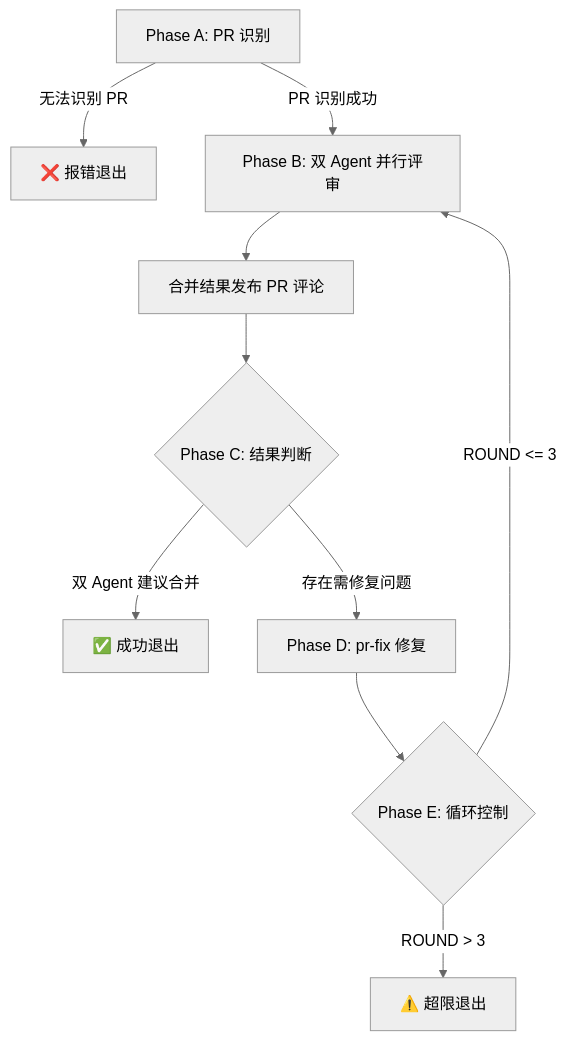
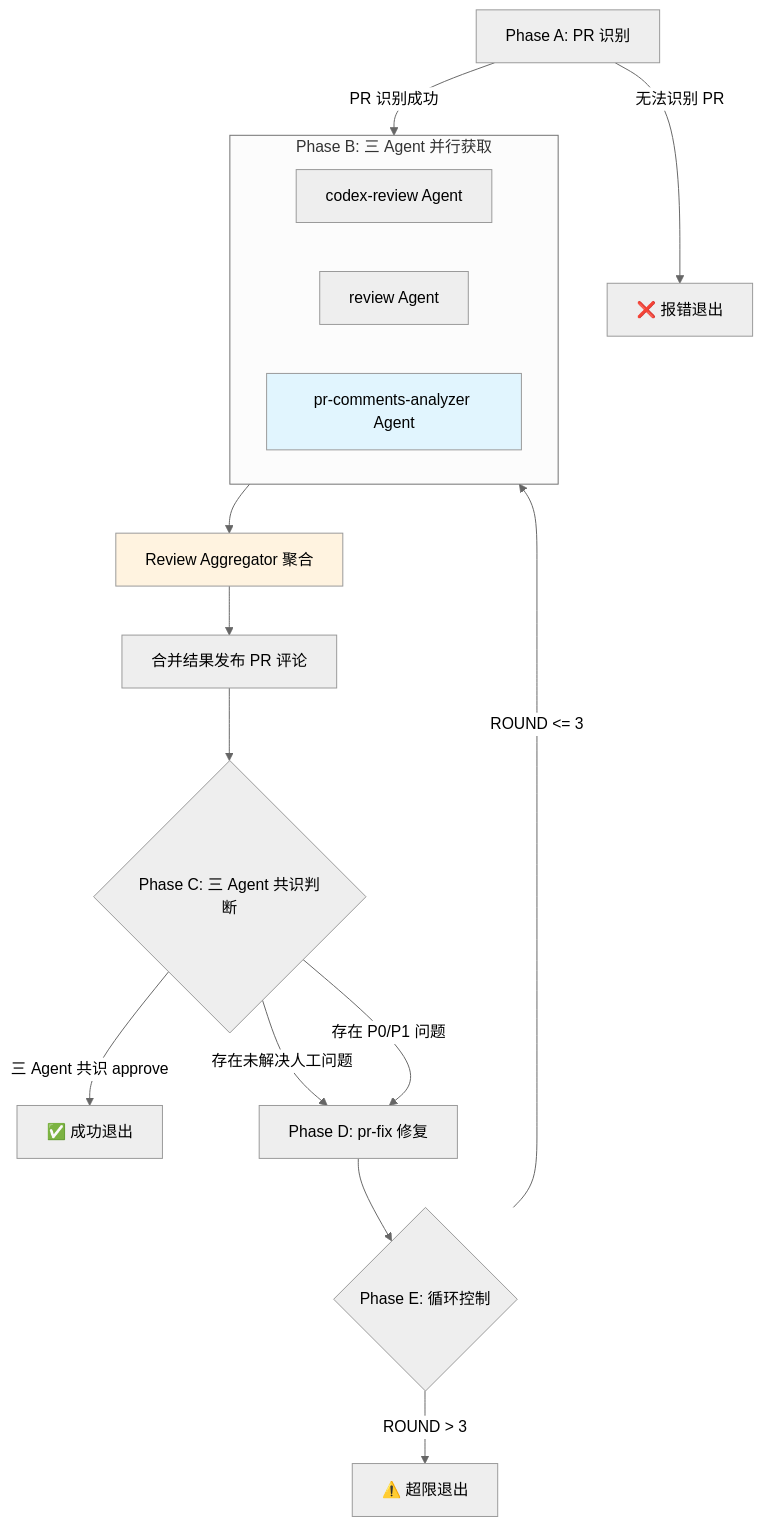
The diagram in .claude/commands/pr-review-loop.md (prod-cfx/stats), drawn with Mermaid (neutral theme) before and after one commit. The commit also changed other lines of this file and 40 other files, not shown here.

````diff
--- a/.claude/commands/pr-review-loop.md
+++ b/.claude/commands/pr-review-loop.md
@@ -272,14 +991,26 @@
 ```mermaid
 flowchart TD
     A[Phase A: PR 识别] --> |无法识别 PR| A_ERR[❌ 报错退出]
-    A --> |PR 识别成功| B[Phase B: 双 Agent 并行评审]
+    A --> |PR 识别成功| B[Phase B: 三 Agent 并行评审]
 
-    B --> B_CMT[合并结果发布 PR 评论]
-    B_CMT --> C{Phase C: 结果判断}
-    C --> |双 Agent 建议合并| E_OK[✅ 成功退出]
-    C --> |存在需修复问题| D[Phase D: pr-fix 修复]
+    subgraph B[Phase B: 三 Agent 并行获取]
+        B1[codex-review Agent]
+        B2[review Agent]
+        B3[pr-comments-analyzer Agent]
+    end
+
+    B --> B_AGG[Review Aggregator 聚合]
+    B_AGG --> B_CMT[合并结果发布 PR 评论]
+    B_CMT --> C{Phase C: 三 Agent 共识判断}
+
+    C --> |三 Agent 共识 approve| E_OK[✅ 成功退出]
+    C --> |存在未解决人工问题| D[Phase D: pr-fix 修复]
+    C --> |存在 P0/P1 问题| D
 
     D --> E{Phase E: 循环控制}
     E --> |ROUND <= 3| B
     E --> |ROUND > 3| F[⚠️ 超限退出]
+
+    style B3 fill:#e1f5fe
+    style B_AGG fill:#fff3e0
 ```
````
